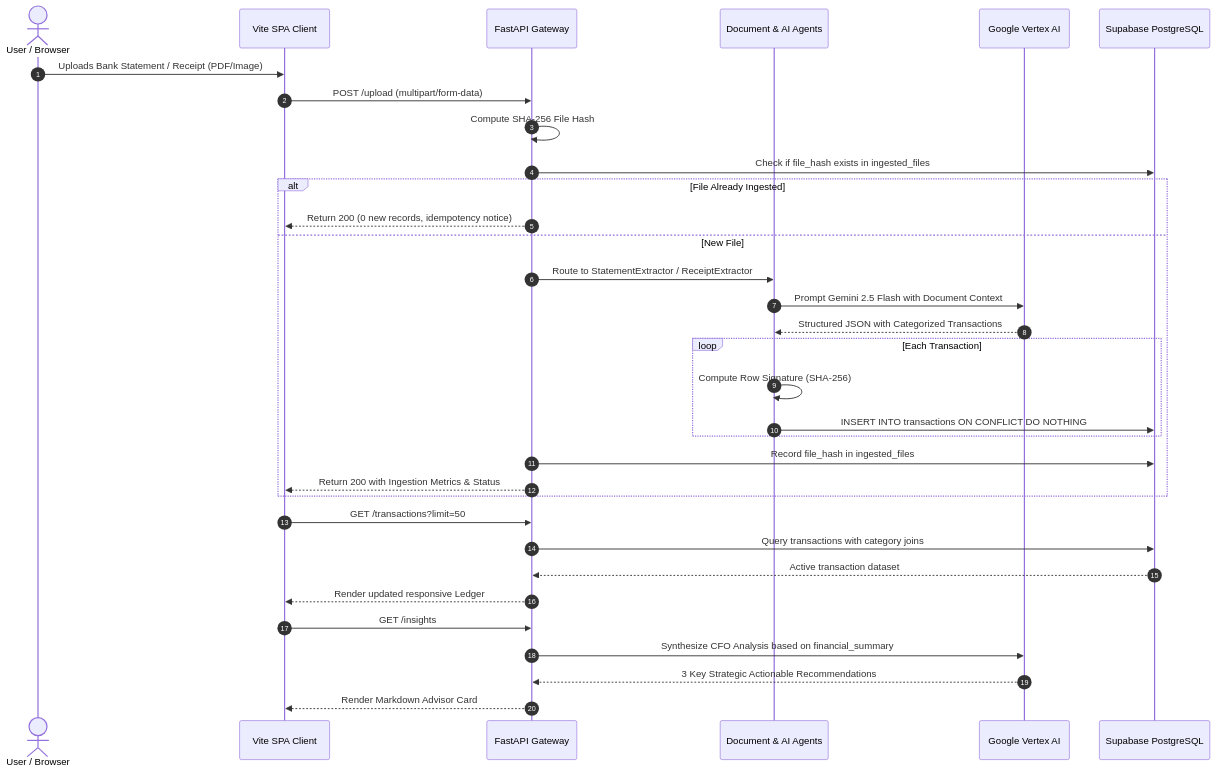
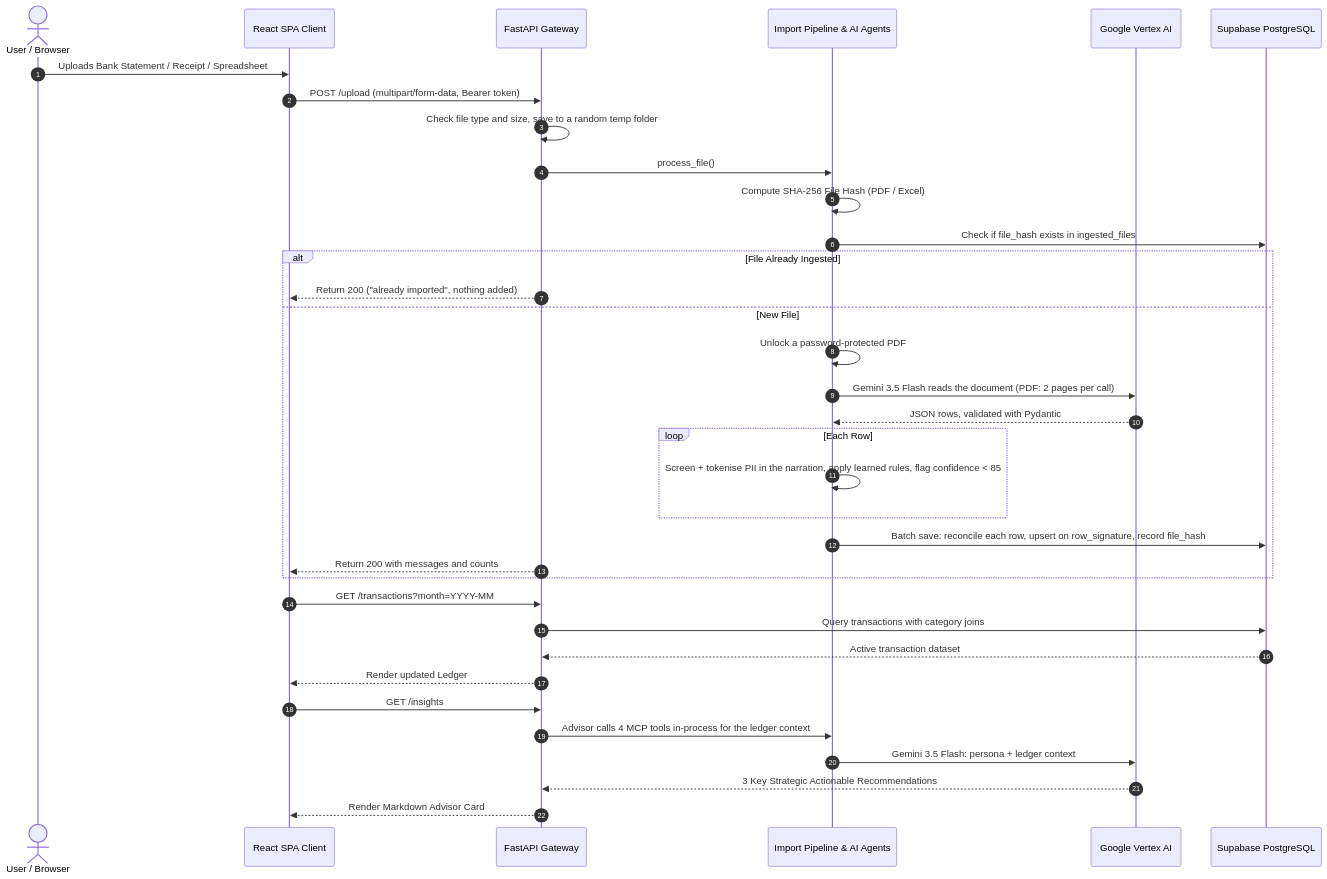
One commit to Rohit792A/personal-finance-agent changed the third of 3 diagrams in docs/APPLICATION_ARCHITECTURE.md. Above: the diagram before and after it, drawn with Mermaid. The commit also changed other lines of this file and 15 other files, not shown here.

Commit message:
docs: align public architecture docs, README and docstrings with verified code and DEC-065

````diff
--- a/docs/APPLICATION_ARCHITECTURE.md
+++ b/docs/APPLICATION_ARCHITECTURE.md
@@ -282,36 +318,38 @@
 ```mermaid
 sequenceDiagram
     autonumber
     actor User as User / Browser
-    participant UI as Vite SPA Client
+    participant UI as React SPA Client
     participant API as FastAPI Gateway
-    participant Agent as Document & AI Agents
+    participant Agent as Import Pipeline & AI Agents
     participant Vertex as Google Vertex AI
     participant DB as Supabase PostgreSQL
 
-    User->>UI: Uploads Bank Statement / Receipt (PDF/Image)
-    UI->>API: POST /upload (multipart/form-data)
-    API->>API: Compute SHA-256 File Hash
-    API->>DB: Check if file_hash exists in ingested_files
+    User->>UI: Uploads Bank Statement / Receipt / Spreadsheet
+    UI->>API: POST /upload (multipart/form-data, Bearer token)
+    API->>API: Check file type and size, save to a random temp folder
+    API->>Agent: process_file()
+    Agent->>Agent: Compute SHA-256 File Hash (PDF / Excel)
+    Agent->>DB: Check if file_hash exists in ingested_files
     alt File Already Ingested
-        API-->>UI: Return 200 (0 new records, idempotency notice)
+        API-->>UI: Return 200 ("already imported", nothing added)
     else New File
-        API->>Agent: Route to StatementExtractor / ReceiptExtractor
-        Agent->>Vertex: Prompt Gemini 2.5 Flash with Document Context
-        Vertex-->>Agent: Structured JSON with Categorized Transactions
-        loop Each Transaction
-            Agent->>Agent: Compute Row Signature (SHA-256)
-            Agent->>DB: INSERT INTO transactions ON CONFLICT DO NOTHING
+        Agent->>Agent: Unlock a password-protected PDF
+        Agent->>Vertex: Gemini 3.5 Flash reads the document (PDF: 2 pages per call)
+        Vertex-->>Agent: JSON rows, validated with Pydantic
+        loop Each Row
+            Agent->>Agent: Screen + tokenise PII in the narration, apply learned rules, flag confidence < 85
         end
-        API->>DB: Record file_hash in ingested_files
-        API-->>UI: Return 200 with Ingestion Metrics & Status
+        Agent->>DB: Batch save: reconcile each row, upsert on row_signature, record file_hash
+        API-->>UI: Return 200 with messages and counts
     end
-    UI->>API: GET /transactions?limit=50
+    UI->>API: GET /transactions?month=YYYY-MM
     API->>DB: Query transactions with category joins
     DB-->>API: Active transaction dataset
-    API-->>UI: Render updated responsive Ledger
+    API-->>UI: Render updated Ledger
     UI->>API: GET /insights
-    API->>Vertex: Synthesize CFO Analysis based on financial_summary
+    API->>Agent: Advisor calls 4 MCP tools in-process for the ledger context
+    Agent->>Vertex: Gemini 3.5 Flash: persona + ledger context
     Vertex-->>API: 3 Key Strategic Actionable Recommendations
     API-->>UI: Render Markdown Advisor Card
 ```
````
